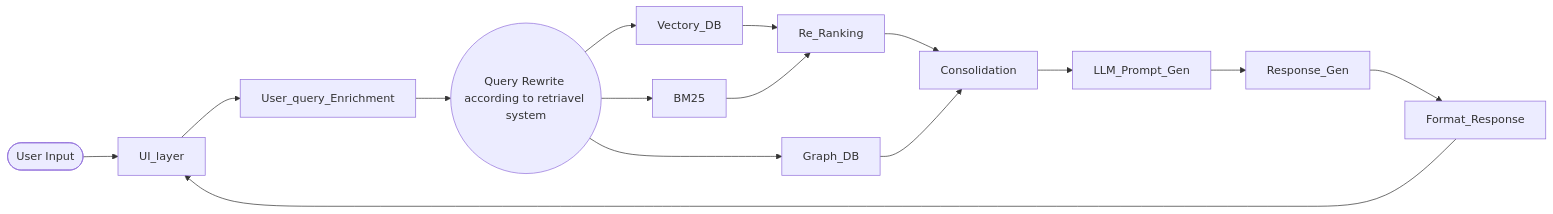
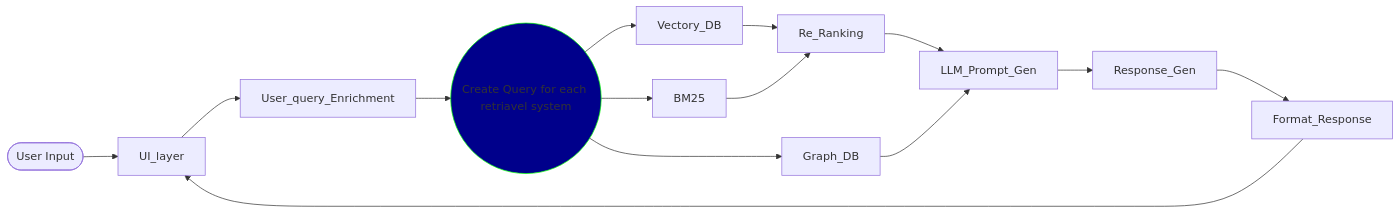
One commit to vebsun/Documentation changed the first of 2 diagrams in rag-details/roughnote.md. Above: the diagram before and after it, drawn with Mermaid. The commit also changed other lines of this file, not shown here.

Commit message:
updated development flow

````diff
--- a/rag-details/roughnote.md
+++ b/rag-details/roughnote.md
@@ -282,14 +282,14 @@
 ```mermaid
-flowchart LR;
-User_Input_query([User Input])-->UI_layer-->User_query_Enrichment-->Query_Routing((Query Rewrite according to retriavel system));
+flowchart LR
+User_Input_query([User Input])-->UI_layer-->User_query_Enrichment-->Query_Routing((Create Query for each retriavel system));
 Query_Routing-->Graph_DB;
 Query_Routing-->Vectory_DB;
 Query_Routing-->BM25;
 Vectory_DB-->Re_Ranking;
 BM25-->Re_Ranking;
-Re_Ranking-->Consolidation;
-Graph_DB-->Consolidation-->LLM_Prompt_Gen;
+Re_Ranking-->LLM_Prompt_Gen;
+Graph_DB-->LLM_Prompt_Gen;
 LLM_Prompt_Gen-->Response_Gen-->Format_Response-->UI_layer;
 
-
+style Query_Routing stroke:#0f0,fill:darkblue
 ```
````
